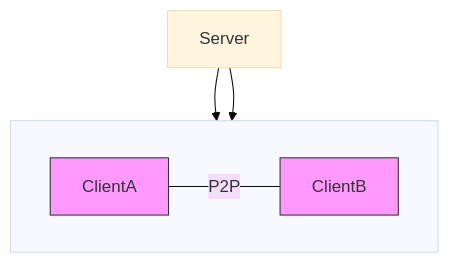
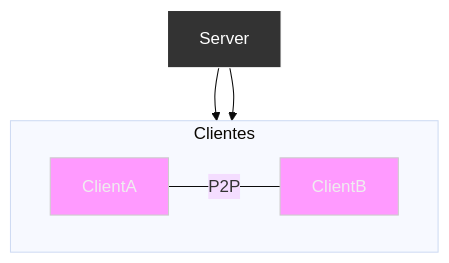
The diagram in README.md (luciamarst/Hybrid-CS-P2P-Server), drawn with Mermaid (base theme) before and after one commit.

Commit message:
Refactor architecture diagram in README
Removed redundant subgraph definition and class styling for ClientA and ClientB.

````diff
--- a/README.md
+++ b/README.md
@@ -28,16 +28,17 @@
 ```mermaid
 graph TD
+    Server["Server"]:::server
+
+    subgraph Clients [Clientes]
+        direction LR
+        ClientA["ClientA"]:::client
+        ClientB["ClientB"]:::client
+    end
+
     Server --> ClientA
     Server --> ClientB
     ClientA ---|P2P| ClientB
 
-  %% Forzar que ClientA y ClientB estén en el mismo nivel
-    classDef sameLevel fill:#f9f,stroke:#333,stroke-width:1px;
-    class ClientA,ClientB sameLevel;
-
-subgraph Clients[ ]
-        direction LR
-        ClientA
-        ClientB
-    end
+    classDef server fill:#333,stroke:#fff,stroke-width:1px,color:#fff;
+    classDef client fill:#ff9aff,stroke:#ccc,stroke-width:1px,color:#eee;
 ```
````
